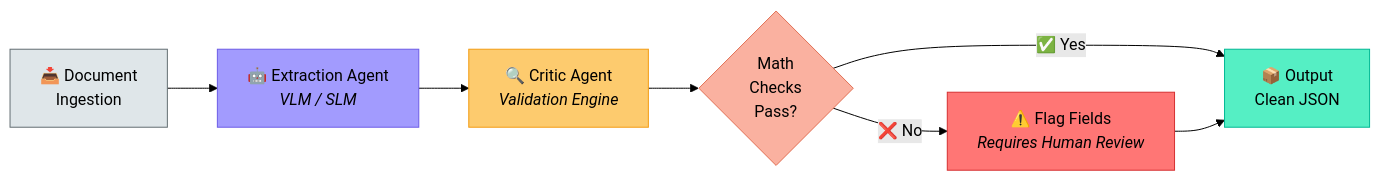
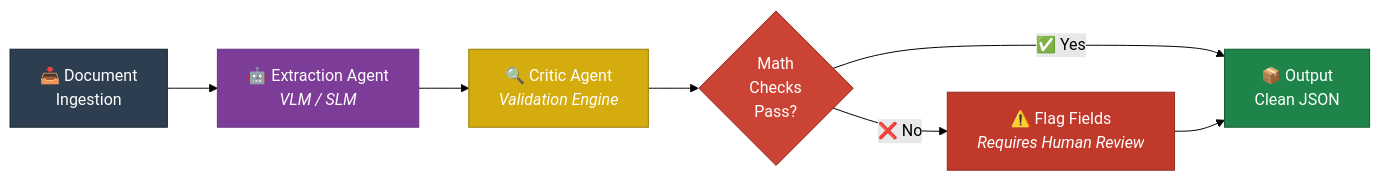
Before and after one commit to KJCREATOR/VYOMEXTRACT: the ninth of 12 diagrams in README.md, drawn with Mermaid (forest theme). The commit also changed other lines of this file, not shown here.

````diff
--- a/README.md
+++ b/README.md
@@ -378,16 +381,16 @@
 ```mermaid
 graph LR
     A["📥 Document<br/>Ingestion"] --> B["🤖 Extraction Agent<br/><i>VLM / SLM</i>"]
     B --> C["🔍 Critic Agent<br/><i>Validation Engine</i>"]
     C --> D{"Math<br/>Checks<br/>Pass?"}
     D -->|"✅ Yes"| E["📦 Output<br/>Clean JSON"]
     D -->|"❌ No"| F["⚠️ Flag Fields<br/><i>Requires Human Review</i>"]
     F --> E
 
-    style A fill:#dfe6e9,stroke:#636e72
-    style B fill:#a29bfe,stroke:#6c5ce7
-    style C fill:#fdcb6e,stroke:#f39c12
-    style D fill:#fab1a0,stroke:#e17055
-    style E fill:#55efc4,stroke:#00b894
-    style F fill:#ff7675,stroke:#d63031
+    style A fill:#2c3e50,stroke:#1a252f,color:#fff
+    style B fill:#7d3c98,stroke:#6c3483,color:#fff
+    style C fill:#d4ac0d,stroke:#9a7d0a,color:#fff
+    style D fill:#cb4335,stroke:#922b21,color:#fff
+    style E fill:#1e8449,stroke:#145a32,color:#fff
+    style F fill:#c0392b,stroke:#922b21,color:#fff
 ```
````
